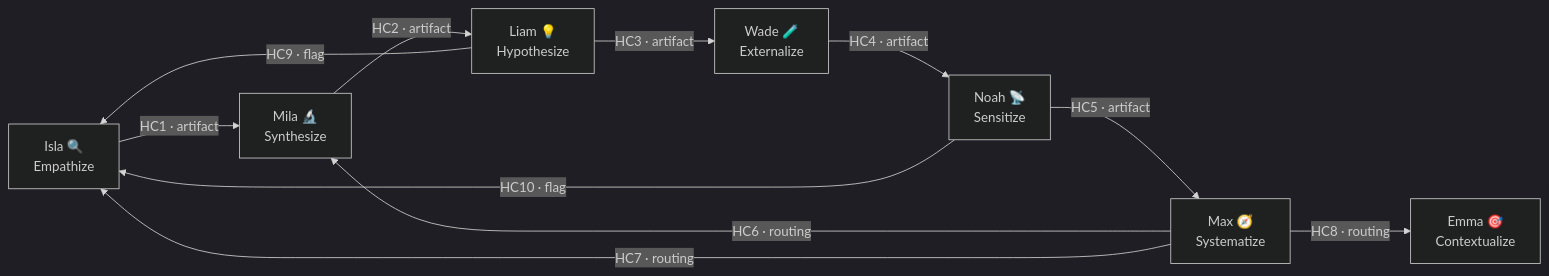
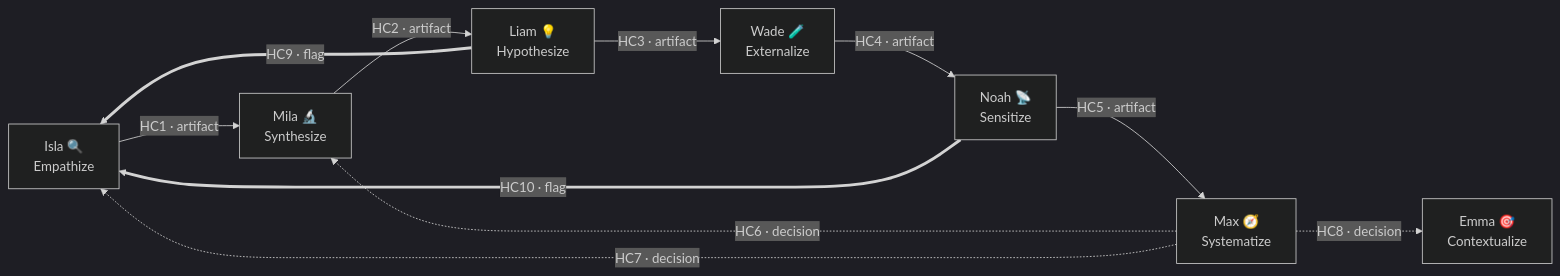
The diagram in _bmad/bme/_vortex/compass-routing-reference.md (amalik/convoke-agents), drawn with Mermaid (dark theme) before and after one commit. The commit also changed other lines of this file and 11 other files, not shown here.

````diff
--- a/_bmad/bme/_vortex/compass-routing-reference.md
+++ b/_bmad/bme/_vortex/compass-routing-reference.md
@@ -13,23 +13,22 @@
 ```mermaid
 flowchart LR
-    %% Generated to agree with the handoff-contract tables in docs/agents.md.
-    %% scripts/audit/vortex-diagram-integrity.js fails if any edge disagrees with them.
+    %% Source of truth: the handoff-contract tables in docs/agents.md. Keep the three copies in step.
+    Emma["Emma 🎯<br/>Contextualize"]
     Isla["Isla 🔍<br/>Empathize"]
     Mila["Mila 🔬<br/>Synthesize"]
     Liam["Liam 💡<br/>Hypothesize"]
     Wade["Wade 🧪<br/>Externalize"]
     Noah["Noah 📡<br/>Sensitize"]
     Max["Max 🧭<br/>Systematize"]
-    Emma["Emma 🎯<br/>Contextualize"]
 
     Isla -->|"HC1 · artifact"| Mila
     Mila -->|"HC2 · artifact"| Liam
     Liam -->|"HC3 · artifact"| Wade
     Wade -->|"HC4 · artifact"| Noah
     Noah -->|"HC5 · artifact"| Max
-    Max -->|"HC6 · routing"| Mila
-    Max -->|"HC7 · routing"| Isla
-    Max -->|"HC8 · routing"| Emma
-    Liam -->|"HC9 · flag"| Isla
-    Noah -->|"HC10 · flag"| Isla
+    Max -.->|"HC6 · decision"| Mila
+    Max -.->|"HC7 · decision"| Isla
+    Max -.->|"HC8 · decision"| Emma
+    Liam ==>|"HC9 · flag"| Isla
+    Noah ==>|"HC10 · flag"| Isla
 ```
````
